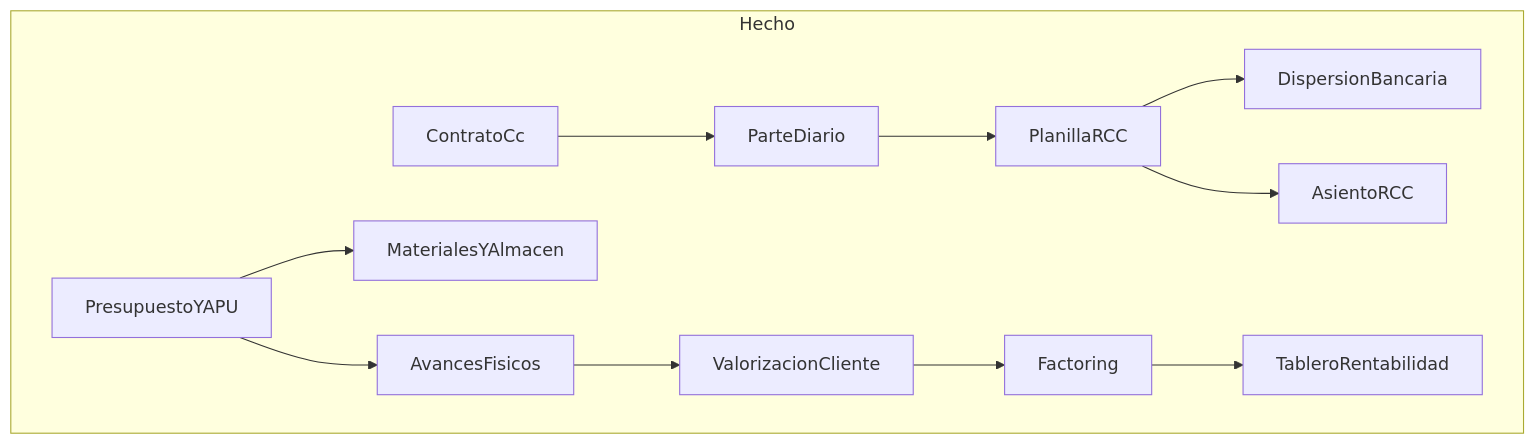
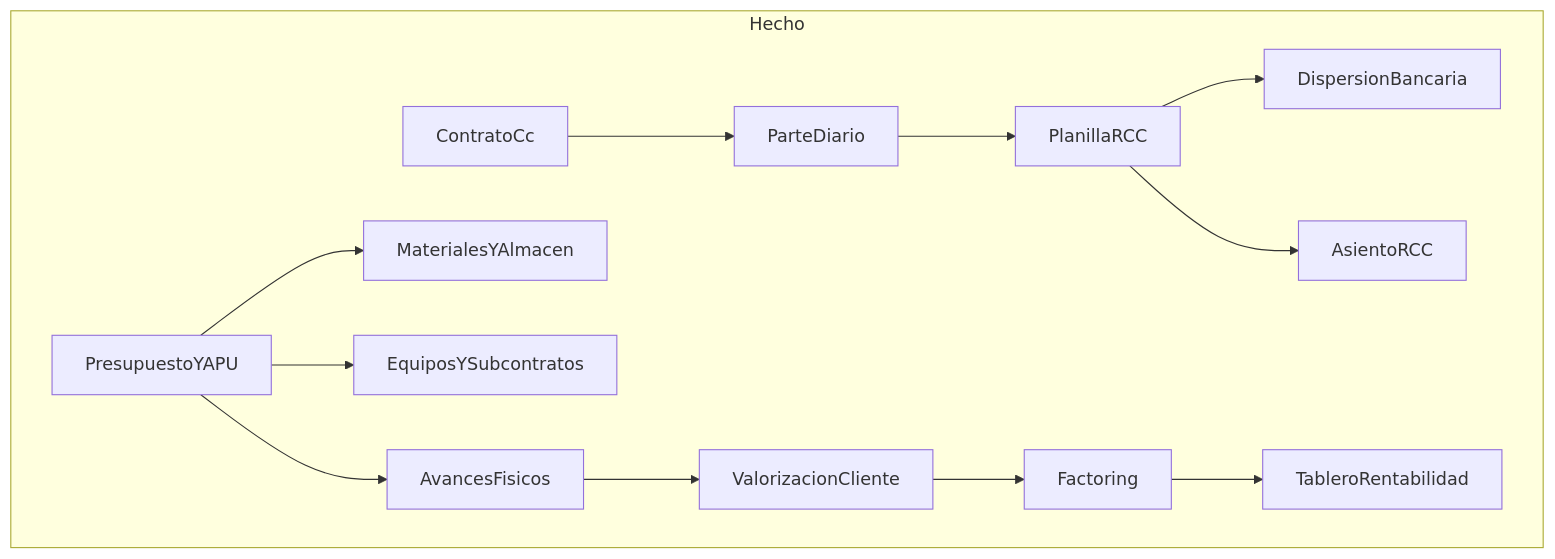
One commit to foreverLilRed/Convecsa-ERP changed the second of 7 diagrams in docs/proyectos/seguimiento-proyectos.md. Above: the diagram before and after it, drawn with Mermaid. The commit also changed other lines of this file and 44 other files, not shown here.

````diff
--- a/docs/proyectos/seguimiento-proyectos.md
+++ b/docs/proyectos/seguimiento-proyectos.md
@@ -44,15 +44,16 @@
 ```mermaid
 flowchart TB
   subgraph hecho [Hecho]
     Contrato[ContratoCc] --> Tareo[ParteDiario]
     Tareo --> Planilla[PlanillaRCC]
     Planilla --> Dispersion[DispersionBancaria]
     Planilla --> Asiento[AsientoRCC]
     Presupuesto[PresupuestoYAPU]
     Presupuesto --> Materiales[MaterialesYAlmacen]
+    Presupuesto --> Recursos[EquiposYSubcontratos]
     Presupuesto --> Avances[AvancesFisicos]
     Avances --> Valorizacion[ValorizacionCliente]
     Valorizacion --> Factoring[Factoring]
     Factoring --> Rentabilidad[TableroRentabilidad]
   end
 ```
````
